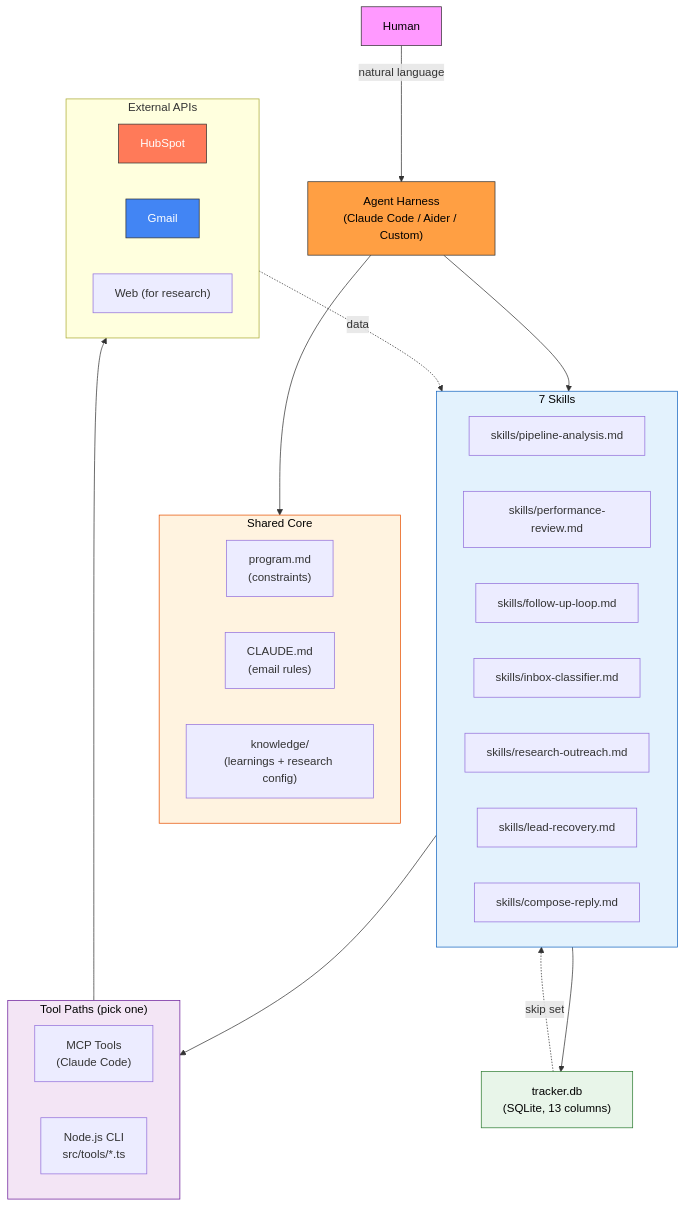
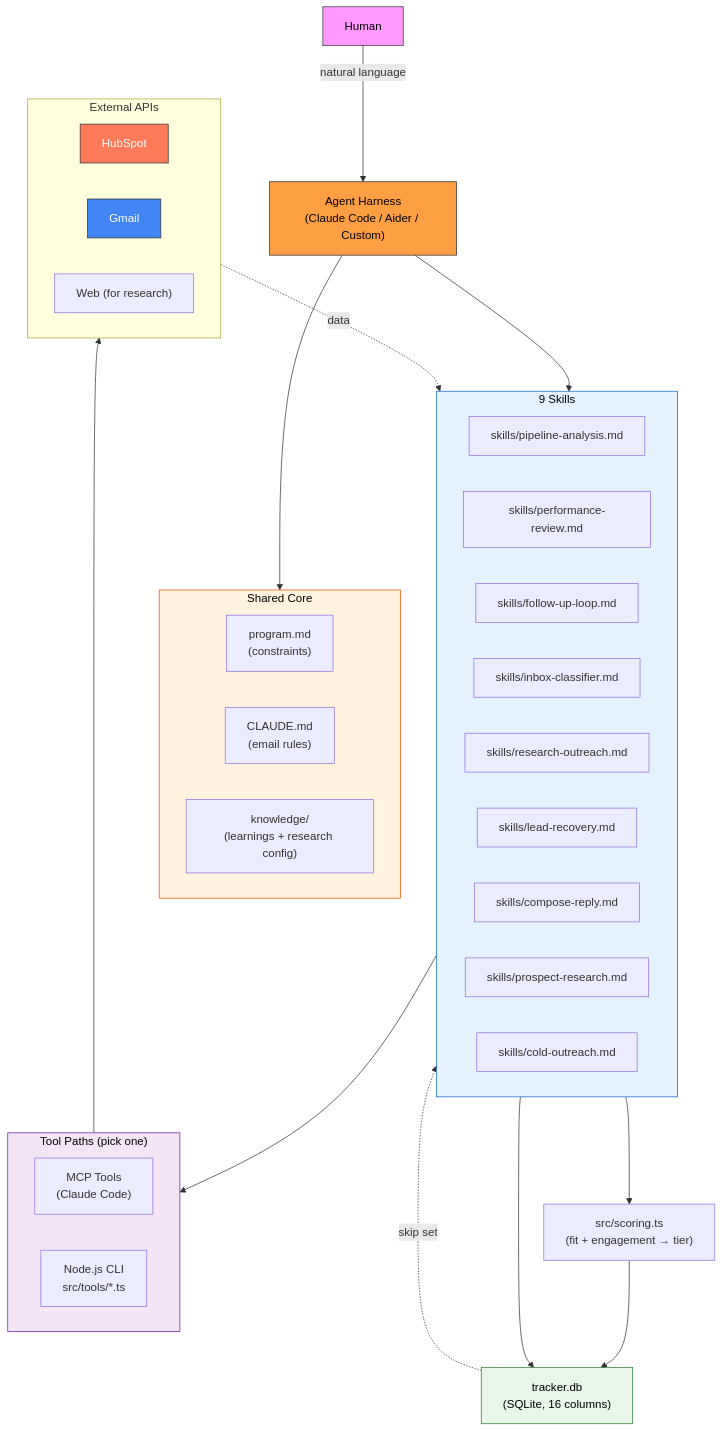
One commit to Connormcc3/hubspot-sales-agent changed the diagram in docs/architecture.md. Above: the diagram before and after it, drawn with Mermaid. The commit also changed other lines of this file and 12 other files, not shown here.

First line of the commit message:
v2.8: Lead scoring utility, prospect-research + cold-outreach skills

````diff
--- a/docs/architecture.md
+++ b/docs/architecture.md
@@ -9,52 +9,58 @@
 ```mermaid
 flowchart TB
     Human["Human"]
     Harness["Agent Harness\n(Claude Code / Aider / Custom)"]
 
     subgraph Shared["Shared Core"]
         Program["program.md\n(constraints)"]
         CLAUDE["CLAUDE.md\n(email rules)"]
         Knowledge["knowledge/\n(learnings + research config)"]
     end
 
-    subgraph Skills["7 Skills"]
+    subgraph Skills["9 Skills"]
         Skill0["skills/pipeline-analysis.md"]
         Skill1["skills/performance-review.md"]
         Skill2["skills/follow-up-loop.md"]
         Skill3["skills/inbox-classifier.md"]
         Skill4["skills/research-outreach.md"]
         Skill5["skills/lead-recovery.md"]
         Skill6["skills/compose-reply.md"]
+        Skill7["skills/prospect-research.md"]
+        Skill8["skills/cold-outreach.md"]
     end
+
+    Scoring["src/scoring.ts\n(fit + engagement → tier)"]
 
     subgraph Tools["Tool Paths (pick one)"]
         MCP["MCP Tools\n(Claude Code)"]
         CLI["Node.js CLI\nsrc/tools/*.ts"]
     end
 
     subgraph APIs["External APIs"]
         HubSpot["HubSpot"]
         Gmail["Gmail"]
         Web["Web (for research)"]
     end
 
-    Tracker["tracker.db\n(SQLite, 13 columns)"]
+    Tracker["tracker.db\n(SQLite, 16 columns)"]
 
     Human -->|natural language| Harness
     Harness --> Shared
     Harness --> Skills
     Skills --> Tools
+    Skills --> Scoring
+    Scoring --> Tracker
     Tools --> APIs
     Skills --> Tracker
     APIs -.->|data| Skills
     Tracker -.->|skip set| Skills
 
     style Human fill:#f9f,stroke:#333,color:#000
     style Harness fill:#ff9f43,stroke:#333,color:#000
     style HubSpot fill:#ff7a59,stroke:#333,color:#fff
     style Gmail fill:#4285f4,stroke:#333,color:#fff
     style Tracker fill:#e8f5e9,stroke:#2e7d32,color:#000
     style Shared fill:#fff3e0,stroke:#e65100,color:#000
     style Skills fill:#e3f2fd,stroke:#1565c0,color:#000
     style Tools fill:#f3e5f5,stroke:#6a1b9a,color:#000
 ```
````
